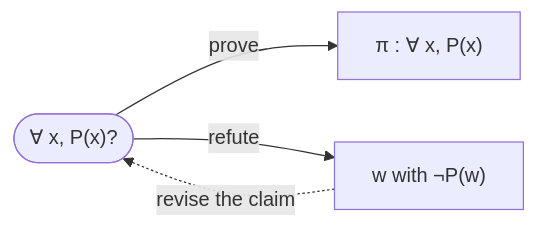
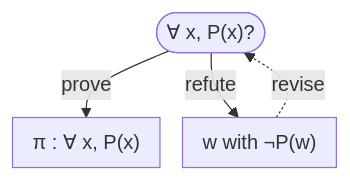
One commit to Jun2028/jun2028 changed the diagram in README.md. Above: the diagram before and after it, drawn with Mermaid. The commit also changed other lines of this file, not shown here.

Commit message:
Keep the Mermaid diagram as a small standalone foldout

````diff
--- a/README.md
+++ b/README.md
@@ -10,8 +14,17 @@
 ```mermaid
-flowchart LR
+---
+config:
+  flowchart:
+    minNodeWidth: 0
+    nodeSpacing: 18
+    rankSpacing: 28
+    padding: 8
+    diagramPadding: 6
+---
+flowchart TB
     accTitle: Two searches for a universal conjecture
-    accDescr: One agent seeks a formal proof. Another looks for a counterexample, which the mathematician can use to revise the conjecture.
+    accDescr: A conjecture branches into a search for a proof and a search for a counterexample. A counterexample can lead to a revision.
     C(["∀ x, P(x)?"]) -->|prove| P["π : ∀ x, P(x)"]
     C -->|refute| W["w with ¬P(w)"]
-    W -.->|revise the claim| C
+    W -.->|revise| C
 ```
````
